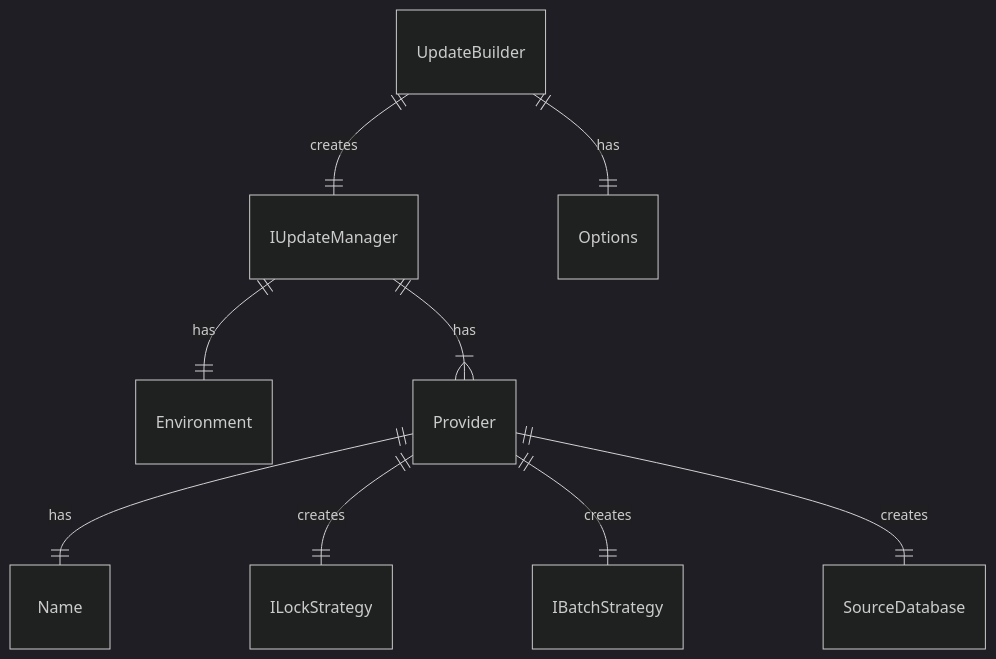
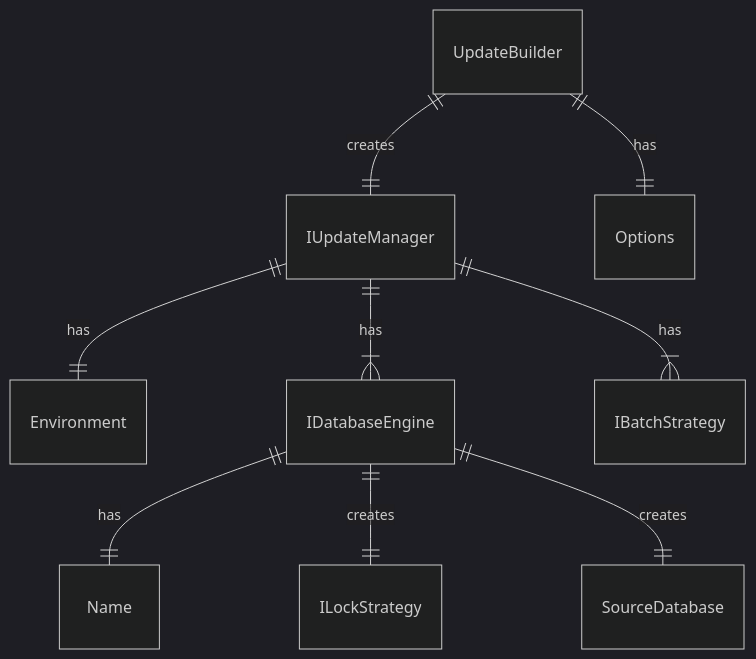
Before and after one commit to NetDefender/Upgradier: the diagram in README.md, drawn with Mermaid (dark theme). The commit also changed 10 other files, not shown here.

Commit message:
refactor: extract BatchStrategy from IDatabaseEngine

````diff
--- a/README.md
+++ b/README.md
@@ -27,11 +27,11 @@
 ```mermaid
 erDiagram
     UpdateBuilder||--|| IUpdateManager: creates
     UpdateBuilder||--|| Options: has
     IUpdateManager ||--|| Environment:has
-    IUpdateManager ||--|{ Provider :has
-    Provider ||--|| Name :has
-    Provider ||--|| ILockStrategy :creates
-    Provider ||--|| IBatchStrategy :creates
-    Provider ||--|| SourceDatabase :creates
+    IUpdateManager ||--|{ IDatabaseEngine :has
+    IUpdateManager ||--|{ IBatchStrategy :has
+    IDatabaseEngine ||--|| Name :has
+    IDatabaseEngine ||--|| ILockStrategy :creates
+    IDatabaseEngine ||--|| SourceDatabase :creates
 ```
````
